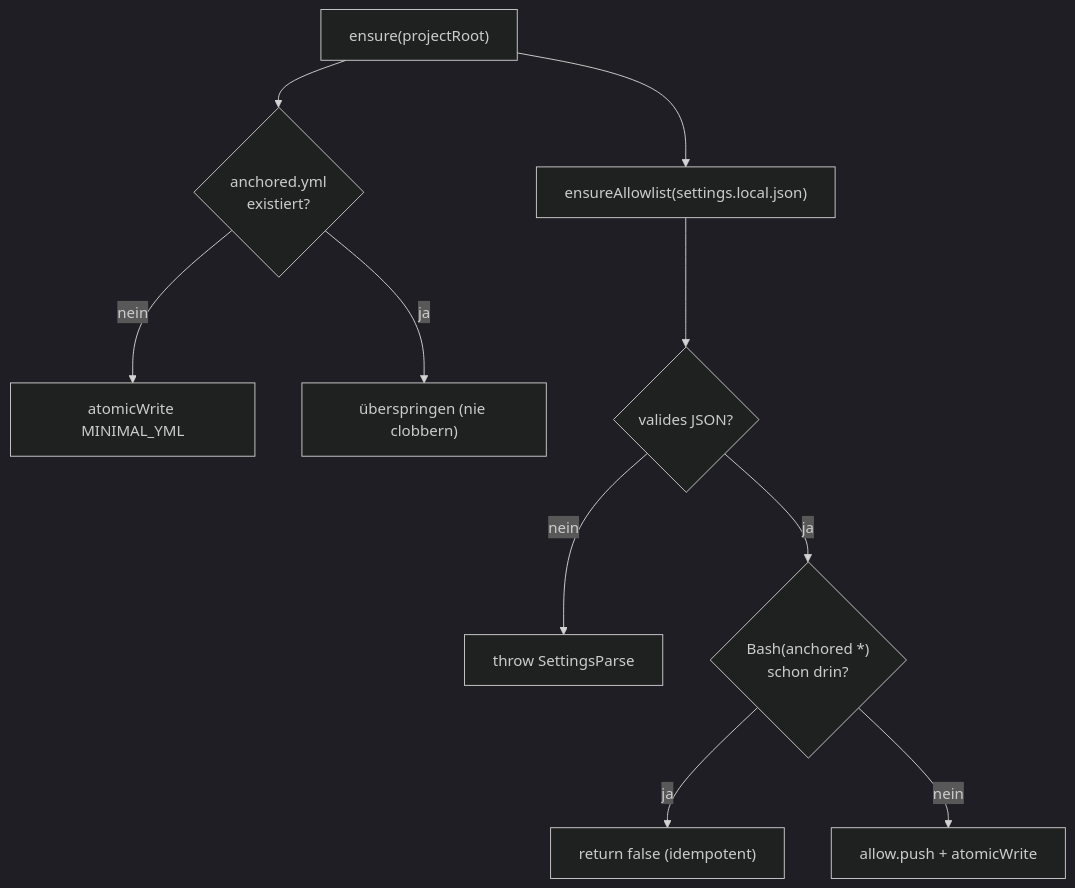
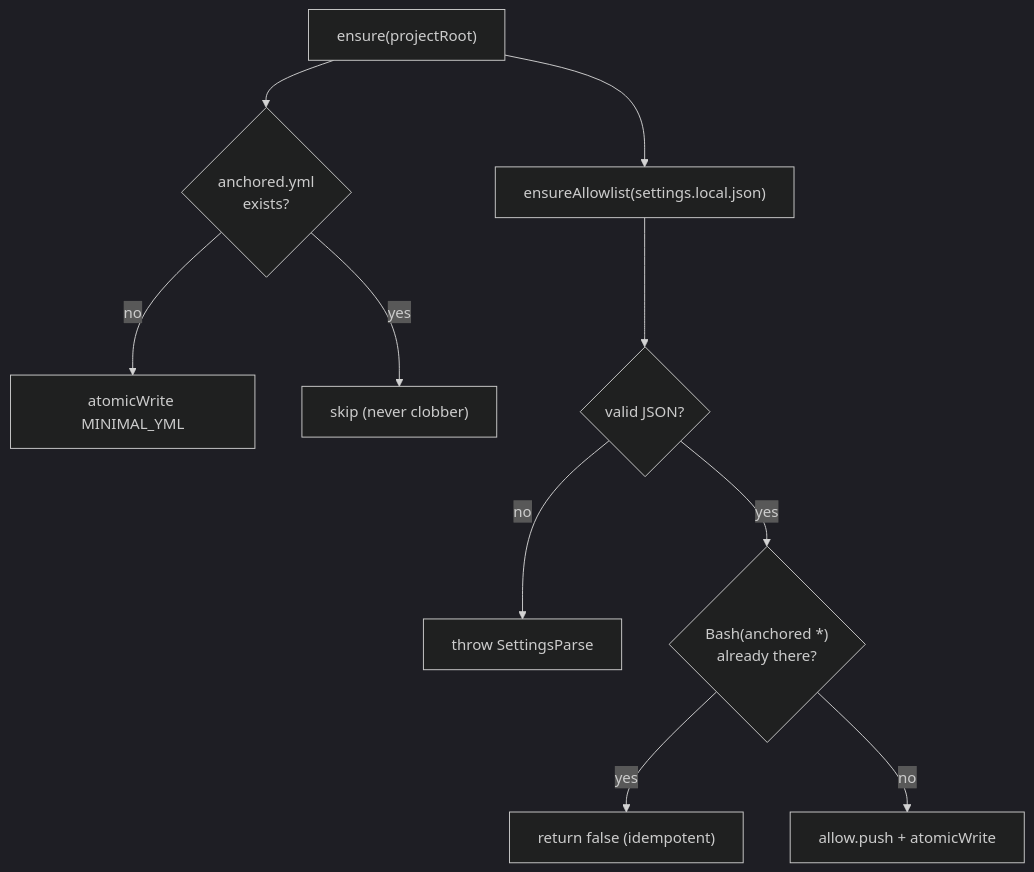
One commit to chafoo/anchored changed the diagram in docs/core/config/init.md. Above: the diagram before and after it, drawn with Mermaid (dark theme). The commit also changed other lines of this file and 131 other files, not shown here.

````diff
--- a/docs/core/config/init.md
+++ b/docs/core/config/init.md
@@ -30,12 +30,12 @@
 ```mermaid
 flowchart TB
-    ens["ensure(projectRoot)"] --> y{"anchored.yml<br/>existiert?"}
-    y -->|nein| wy["atomicWrite MINIMAL_YML"]
-    y -->|ja| skip1["überspringen (nie clobbern)"]
+    ens["ensure(projectRoot)"] --> y{"anchored.yml<br/>exists?"}
+    y -->|no| wy["atomicWrite MINIMAL_YML"]
+    y -->|yes| skip1["skip (never clobber)"]
     ens --> a["ensureAllowlist(settings.local.json)"]
-    a --> p{"valides JSON?"}
-    p -->|nein| err["throw SettingsParse"]
-    p -->|ja| has{"Bash(anchored *)<br/>schon drin?"}
-    has -->|ja| skip2["return false (idempotent)"]
-    has -->|nein| push["allow.push + atomicWrite"]
+    a --> p{"valid JSON?"}
+    p -->|no| err["throw SettingsParse"]
+    p -->|yes| has{"Bash(anchored *)<br/>already there?"}
+    has -->|yes| skip2["return false (idempotent)"]
+    has -->|no| push["allow.push + atomicWrite"]
 ```
````
